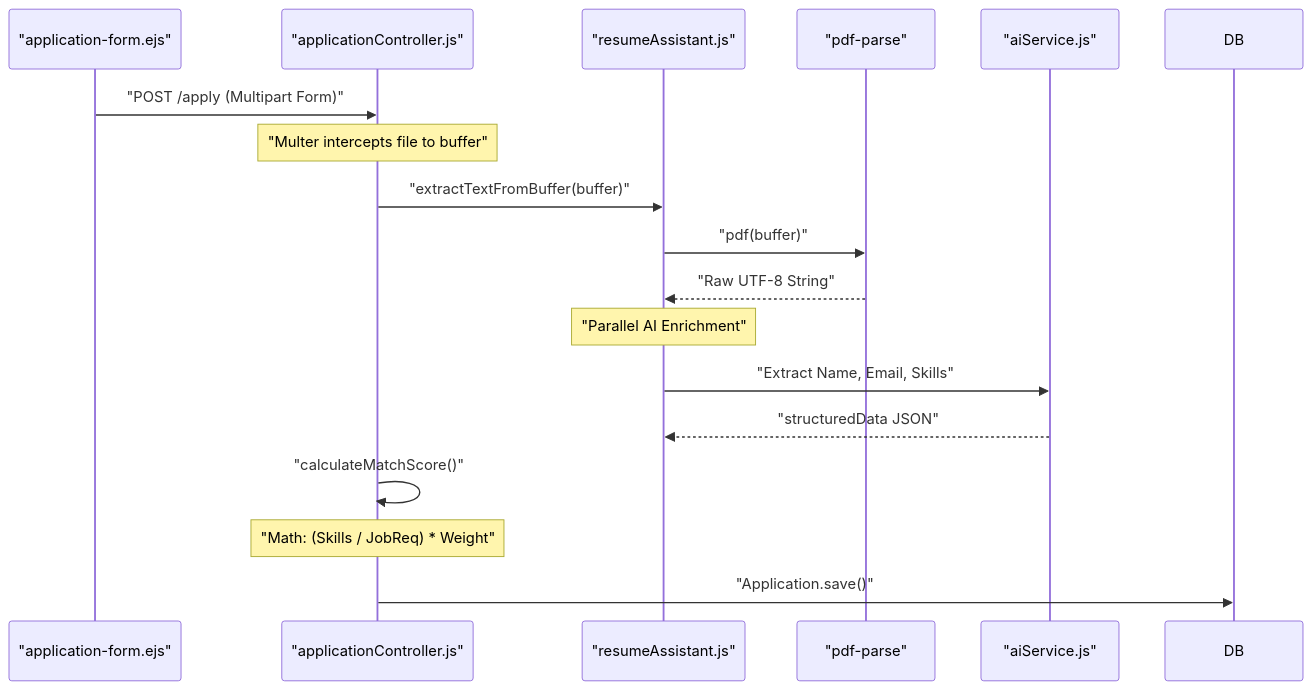
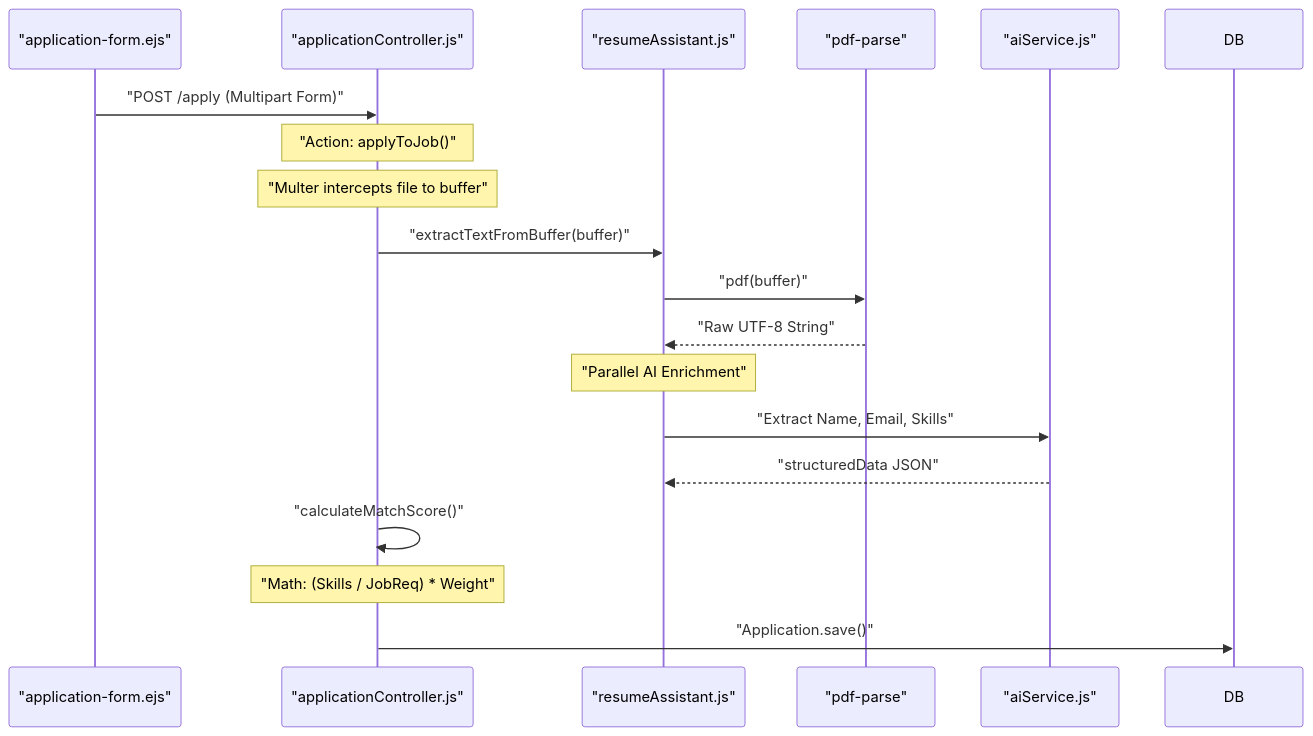
Before and after one commit to sba-0406/JodsScreening: the third of 6 diagrams in docs/system_flows.md, drawn with Mermaid. The commit also changed other lines of this file and 22 other files, not shown here.

````diff
--- a/docs/system_flows.md
+++ b/docs/system_flows.md
@@ -79,24 +82,25 @@
 ```mermaid
 sequenceDiagram
     participant UI as "application-form.ejs"
     participant AC as "applicationController.js"
     participant RA as "resumeAssistant.js"
     participant PP as "pdf-parse"
     participant AI as "aiService.js"
 
     UI->>AC: "POST /apply (Multipart Form)"
+    Note over AC: "Action: applyToJob()"
     Note over AC: "Multer intercepts file to buffer"
     
     AC->>RA: "extractTextFromBuffer(buffer)"
     RA->>PP: "pdf(buffer)"
     PP-->>RA: "Raw UTF-8 String"
 
     Note over RA: "Parallel AI Enrichment"
     RA->>AI: "Extract Name, Email, Skills"
     AI-->>RA: "structuredData JSON"
 
     AC->>AC: "calculateMatchScore()"
     Note over AC: "Math: (Skills / JobReq) * Weight"
     
     AC->>DB: "Application.save()"
 ```
````
